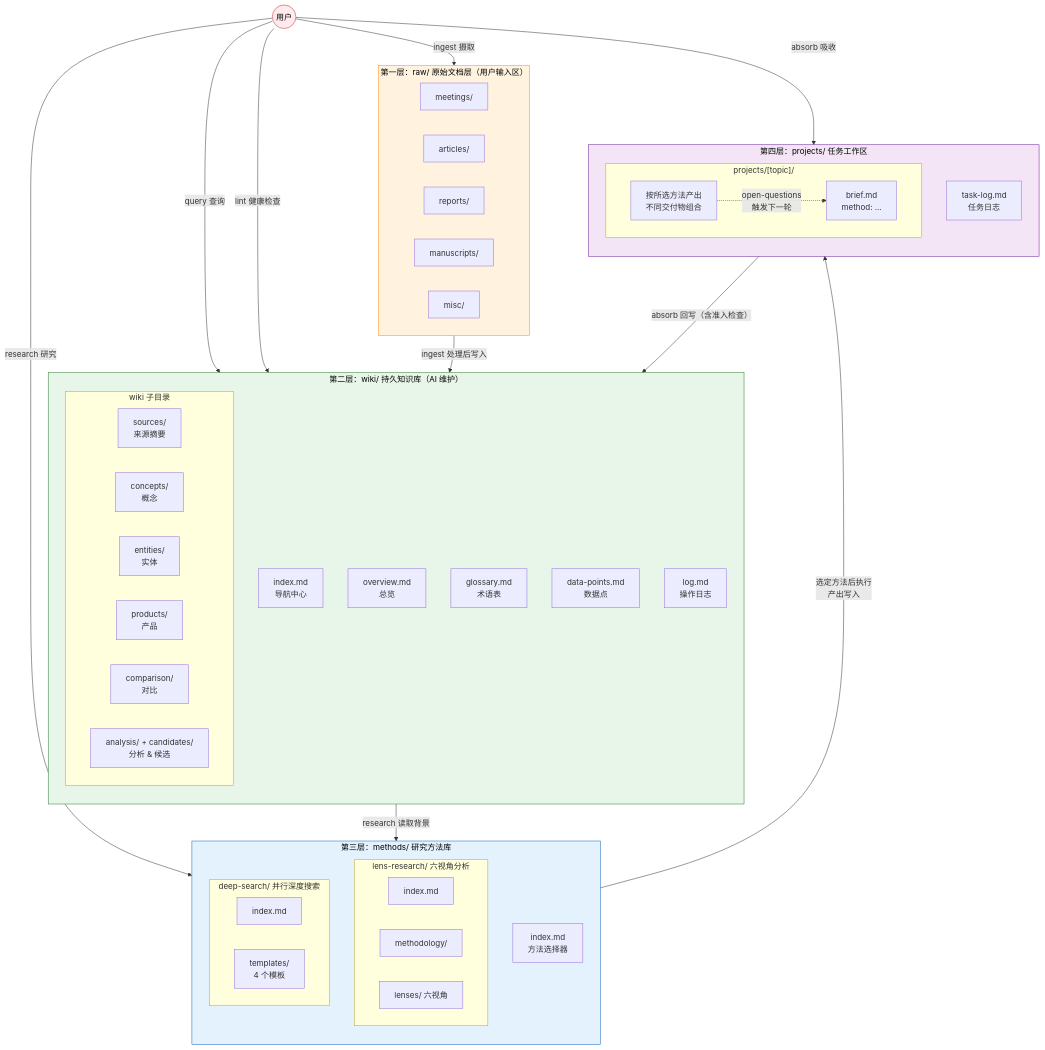
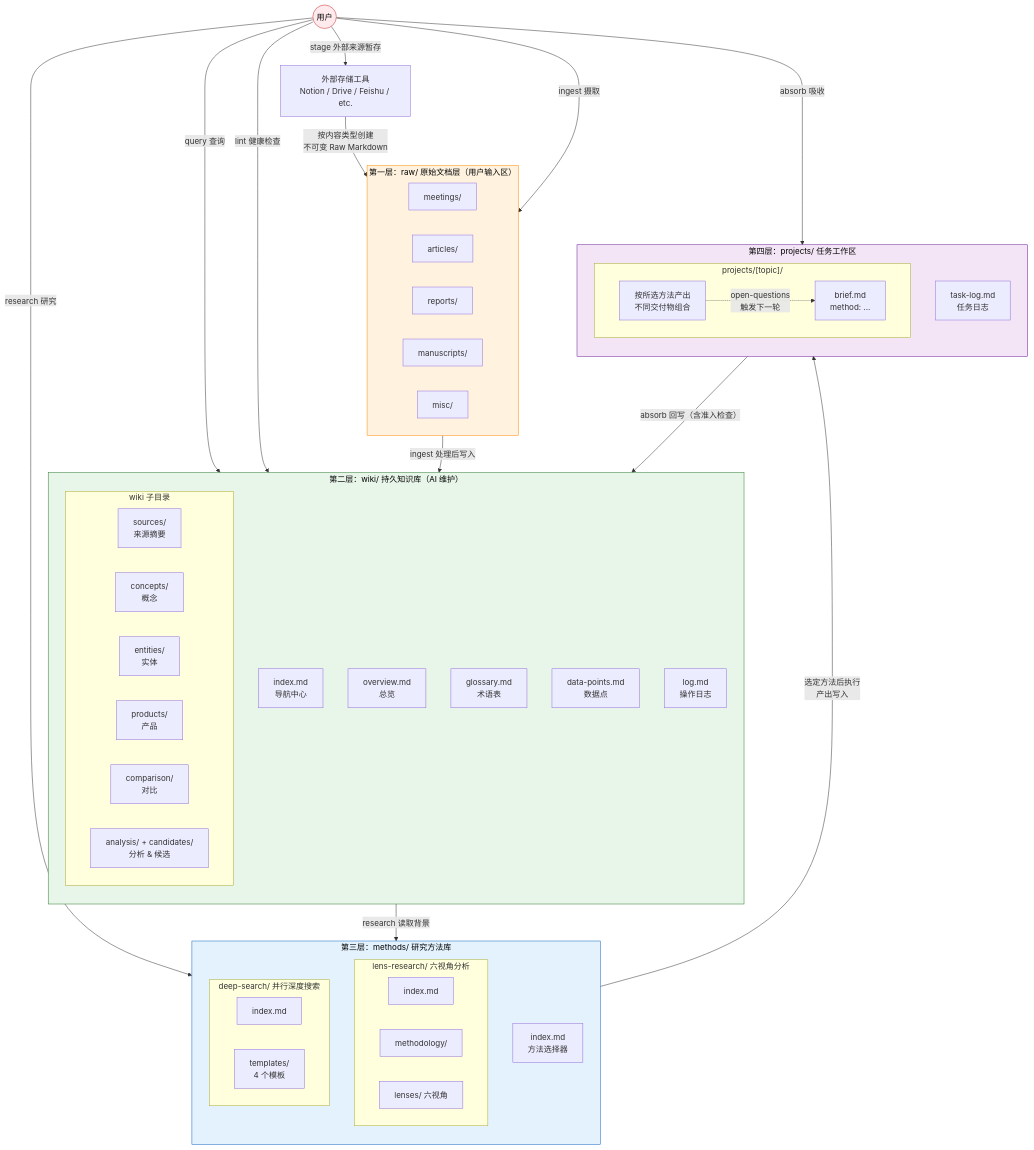
One commit to scm0199/llm-knowledge-system changed the first of 7 diagrams in system-flowchart.md. Above: the diagram before and after it, drawn with Mermaid. The commit also changed other lines of this file and 3 other files, not shown here.

````diff
--- a/system-flowchart.md
+++ b/system-flowchart.md
@@ -5,76 +5,78 @@
 ```mermaid
 graph TB
     subgraph L1["第一层：raw/ 原始文档层（用户输入区）"]
         direction LR
         R1[meetings/]
         R2[articles/]
         R3[reports/]
         R4[manuscripts/]
         R5[misc/]
     end
 
     subgraph L2["第二层：wiki/ 持久知识库（AI 维护）"]
         direction TB
         W_IDX[index.md\n导航中心]
         W_OVW[overview.md\n总览]
         W_GLO[glossary.md\n术语表]
         W_DAT[data-points.md\n数据点]
         W_LOG[log.md\n操作日志]
         subgraph W_SUB["wiki 子目录"]
             direction LR
             WS[sources/\n来源摘要]
             WC[concepts/\n概念]
             WE[entities/\n实体]
             WP[products/\n产品]
             WCM[comparison/\n对比]
             WA[analysis/ + candidates/\n分析 & 候选]
         end
     end
 
     subgraph L3["第三层：methods/ 研究方法库"]
         direction TB
         M_IDX[index.md\n方法选择器]
         subgraph M_LENS["lens-research/ 六视角分析"]
             direction LR
             LR_IDX[index.md]
             LR_M[methodology/]
             LR_L[lenses/ 六视角]
         end
         subgraph M_DS["deep-search/ 并行深度搜索"]
             direction LR
             DS_IDX[index.md]
             DS_T[templates/\n4 个模板]
         end
     end
 
     subgraph L4["第四层：projects/ 任务工作区"]
         direction TB
         PLOG[task-log.md\n任务日志]
         subgraph PRJ["projects/[topic]/"]
             direction LR
             P1[brief.md\nmethod: ...]
             P2[按所选方法产出\n不同交付物组合]
         end
     end
 
     USER((用户))
 
+    USER -- "stage 外部来源暂存" --> EXT["外部存储工具\nNotion / Drive / Feishu / etc."]
+    EXT -- "按内容类型创建\n不可变 Raw Markdown" --> L1
     USER -- "ingest 摄取" --> L1
     USER -- "query 查询" --> L2
     USER -- "lint 健康检查" --> L2
     USER -- "research 研究" --> L3
     USER -- "absorb 吸收" --> L4
 
     L1 -- "ingest 处理后写入" --> L2
     L2 -- "research 读取背景" --> L3
     L3 -- "选定方法后执行\n产出写入" --> L4
     L4 -- "absorb 回写（含准入检查）" --> L2
 
     P2 -. "open-questions\n触发下一轮" .-> P1
 
     style L1 fill:#FFF3E0,stroke:#FF8C00,color:#000
     style L2 fill:#E8F5E9,stroke:#2E7D32,color:#000
     style L3 fill:#E3F2FD,stroke:#1565C0,color:#000
     style L4 fill:#F3E5F5,stroke:#6A1B9A,color:#000
     style USER fill:#FFEBEE,stroke:#C62828,color:#000
 ```
````
